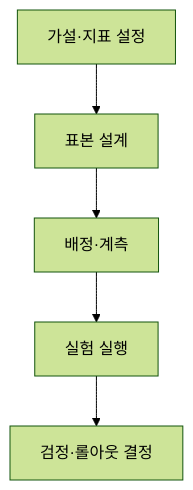
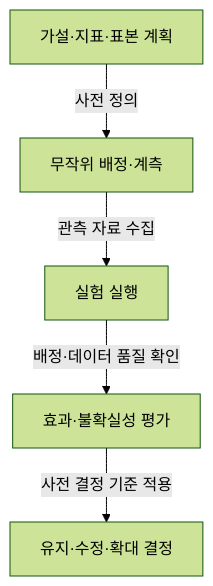
The second of 2 diagrams in src/content/docs/notes/itpe/01-it-strategy/029_ab_testing.md (agnusdei1207/study), drawn with Mermaid (forest theme) before and after one commit. The commit also changed other lines of this file and 6 other files, not shown here.

````diff
--- a/src/content/docs/notes/itpe/01-it-strategy/029_ab_testing.md
+++ b/src/content/docs/notes/itpe/01-it-strategy/029_ab_testing.md
@@ -93,7 +92,7 @@
 ```mermaid
 flowchart TD
-    A["가설·지표 설정"] --> B["표본 설계"]
-    B --> C["배정·계측"]
-    C --> D["실험 실행"]
-    D --> E["검정·롤아웃 결정"]
+    A["가설·지표·표본 계획"] -->|사전 정의| B["무작위 배정·계측"]
+    B -->|관측 자료 수집| C["실험 실행"]
+    C -->|배정·데이터 품질 확인| D["효과·불확실성 평가"]
+    D -->|사전 결정 기준 적용| E["유지·수정·확대 결정"]
 ```
````
